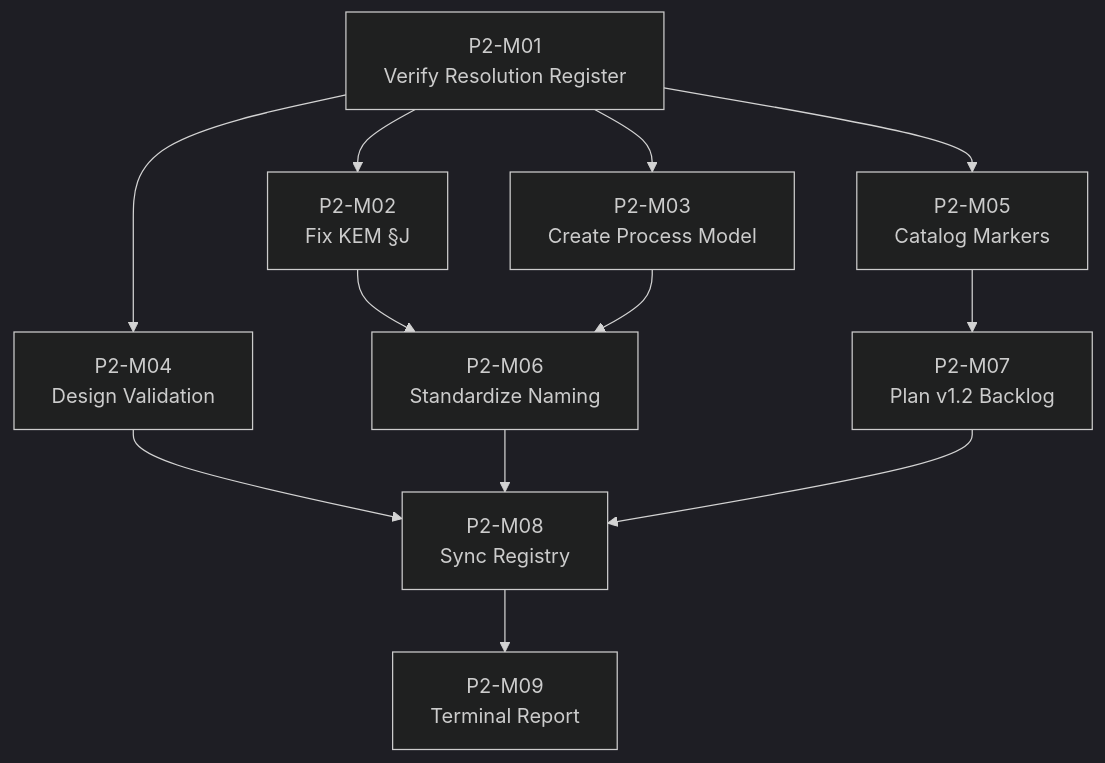
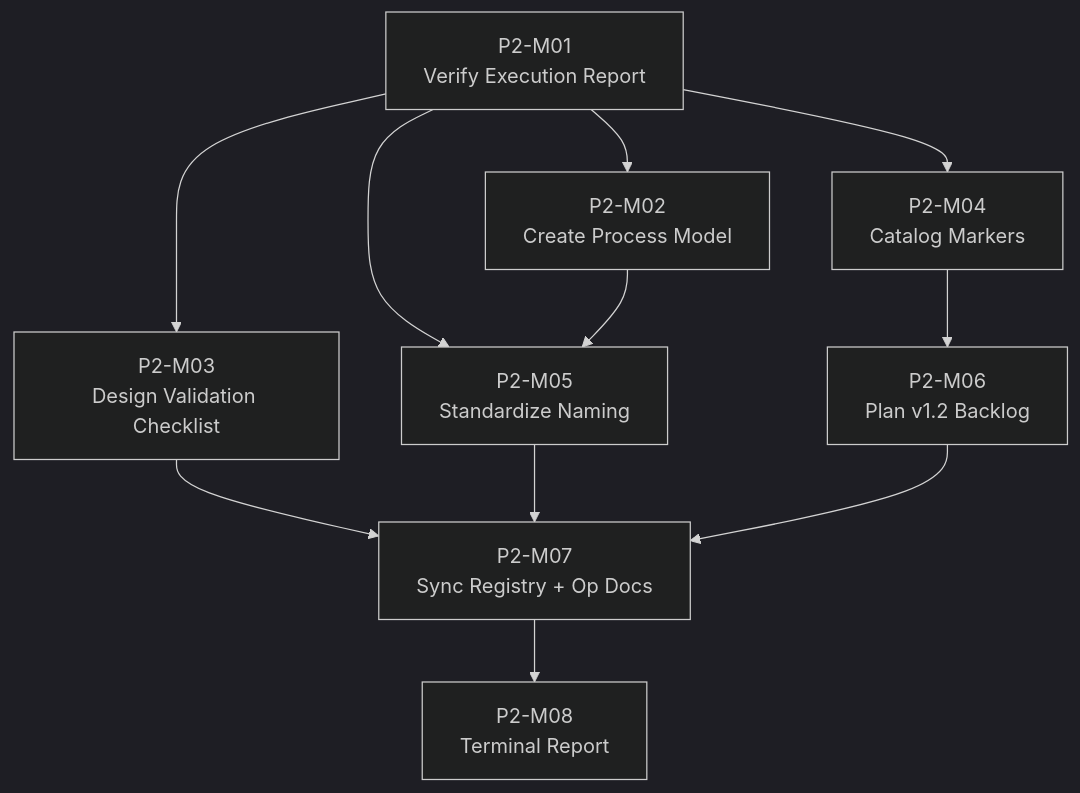
The diagram in 03-PLANNING/PHASE_2_MASTER_PLAN.md (abdo-net/radius1-kernel), drawn with Mermaid (dark theme) before and after one commit. The commit also changed other lines of this file, not shown here.

First line of the commit message:
ECR v1.1 — 10 architectural corrections to Phase 2 Master Plan

````diff
--- a/03-PLANNING/PHASE_2_MASTER_PLAN.md
+++ b/03-PLANNING/PHASE_2_MASTER_PLAN.md
@@ -758,14 +783,13 @@
 ```mermaid
 graph TD
-    M01[P2-M01<br/>Verify Resolution Register] --> M02[P2-M02<br/>Fix KEM §J]
-    M01 --> M03[P2-M03<br/>Create Process Model]
-    M01 --> M04[P2-M04<br/>Design Validation]
-    M01 --> M05[P2-M05<br/>Catalog Markers]
-    M02 --> M06[P2-M06<br/>Standardize Naming]
-    M03 --> M06
-    M05 --> M07[P2-M07<br/>Plan v1.2 Backlog]
-    M04 --> M08[P2-M08<br/>Sync Registry]
-    M06 --> M08
-    M07 --> M08
-    M08 --> M09[P2-M09<br/>Terminal Report]
+    M01[P2-M01<br/>Verify Execution Report] --> M02[P2-M02<br/>Create Process Model]
+    M01 --> M03[P2-M03<br/>Design Validation Checklist]
+    M01 --> M04[P2-M04<br/>Catalog Markers]
+    M01 --> M05[P2-M05<br/>Standardize Naming]
+    M02 --> M05
+    M04 --> M06[P2-M06<br/>Plan v1.2 Backlog]
+    M03 --> M07[P2-M07<br/>Sync Registry + Op Docs]
+    M05 --> M07
+    M06 --> M07
+    M07 --> M08[P2-M08<br/>Terminal Report]
 ```
````
